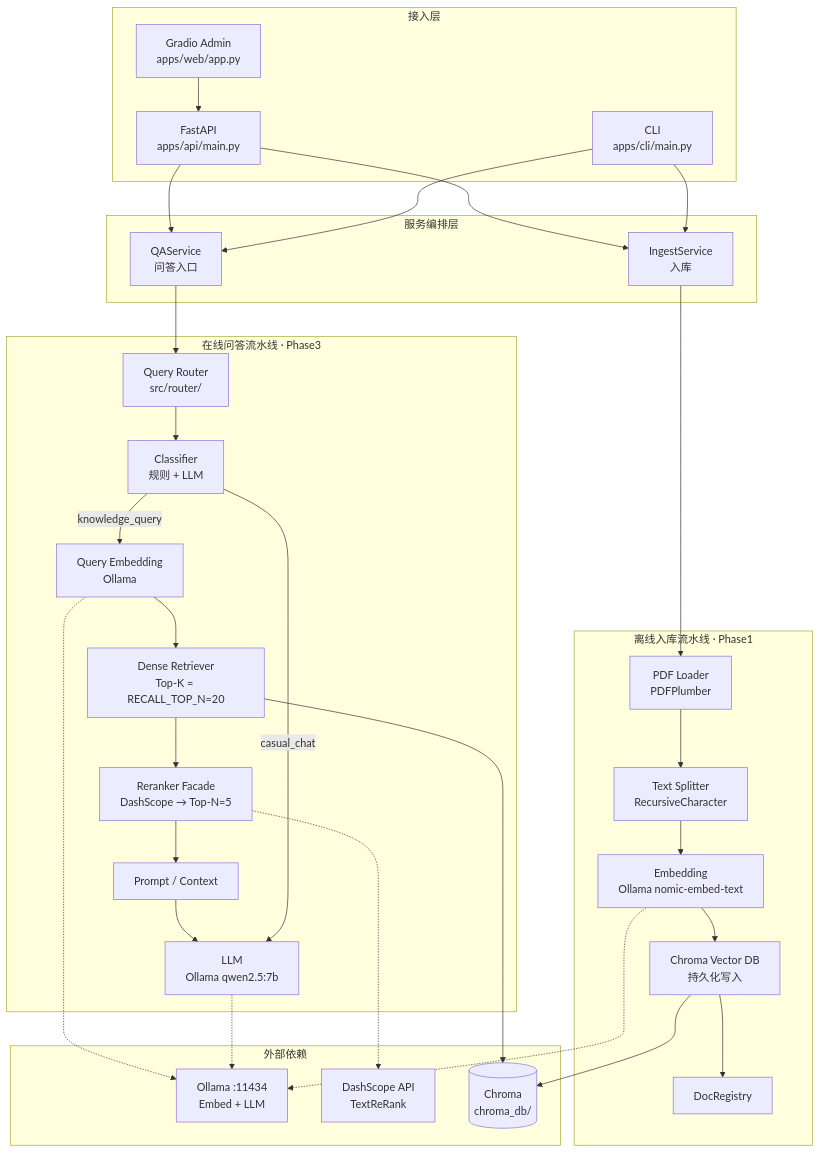
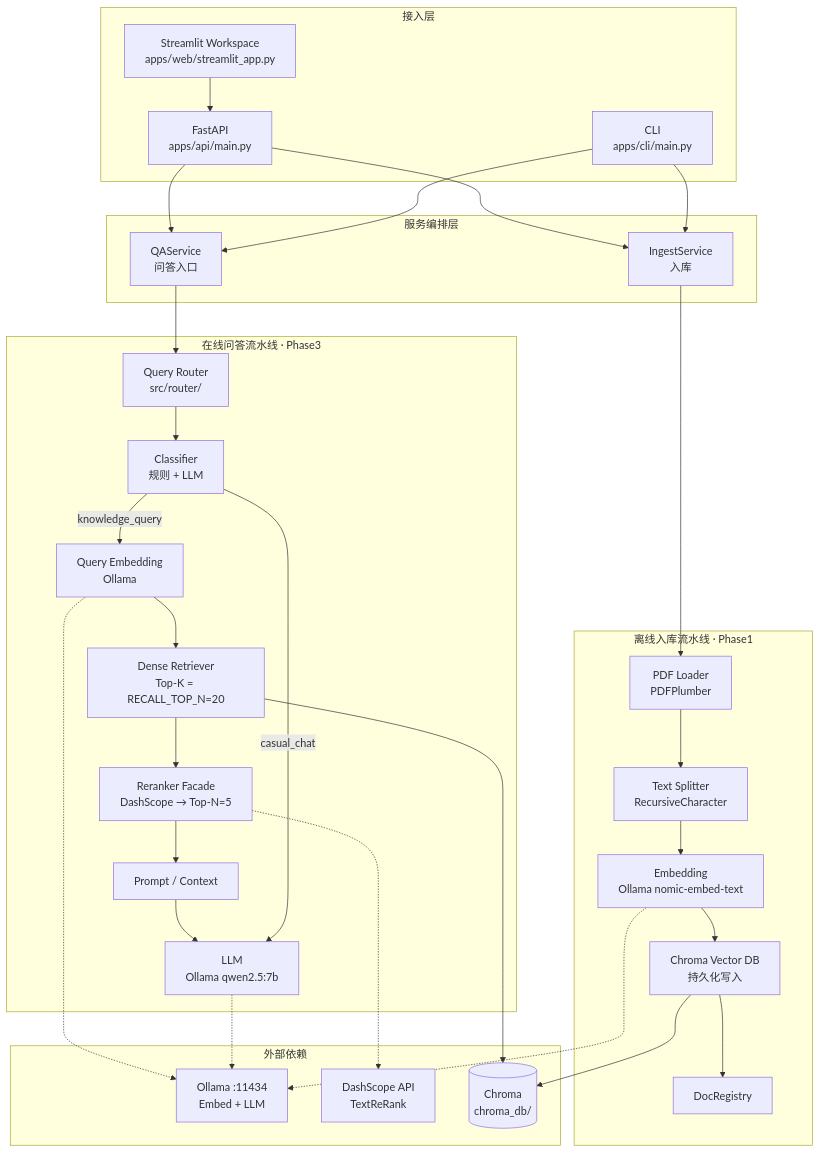
Before and after one commit to SomeH-Bosx/enterprise-rag: the first of 5 diagrams in RAG_ARCHITECTURE.md, drawn with Mermaid. The commit also changed other lines of this file and 4 other files, not shown here.

````diff
--- a/RAG_ARCHITECTURE.md
+++ b/RAG_ARCHITECTURE.md
@@ -17,55 +17,55 @@
 ```mermaid
 flowchart TB
   subgraph Clients["接入层"]
     API["FastAPI<br/>apps/api/main.py"]
-    Web["Gradio Admin<br/>apps/web/app.py"]
+    Web["Streamlit Workspace<br/>apps/web/streamlit_app.py"]
     CLI["CLI<br/>apps/cli/main.py"]
   end
 
   subgraph Services["服务编排层"]
     IngestSvc["IngestService<br/>入库"]
     QASvc["QAService<br/>问答入口"]
   end
 
   subgraph IngestPipe["离线入库流水线 · Phase1"]
     Loader["PDF Loader<br/>PDFPlumber"]
     Splitter["Text Splitter<br/>RecursiveCharacter"]
     EmbedIn["Embedding<br/>Ollama nomic-embed-text"]
     ChromaWrite["Chroma Vector DB<br/>持久化写入"]
     Registry["DocRegistry"]
   end
 
   subgraph QueryPipe["在线问答流水线 · Phase3"]
     Router["Query Router<br/>src/router/"]
     Classifier["Classifier<br/>规则 + LLM"]
     EmbedQ["Query Embedding<br/>Ollama"]
     Retriever["Dense Retriever<br/>Top-K = RECALL_TOP_N=20"]
     Reranker["Reranker Facade<br/>DashScope → Top-N=5"]
     Prompt["Prompt / Context"]
     LLM["LLM<br/>Ollama qwen2.5:7b"]
   end
 
   subgraph External["外部依赖"]
     Ollama["Ollama :11434<br/>Embed + LLM"]
     DashScope["DashScope API<br/>TextReRank"]
     Chroma[(Chroma<br/>chroma_db/)]
   end
 
   API --> IngestSvc
   API --> QASvc
   Web --> API
   CLI --> IngestSvc
   CLI --> QASvc
 
   IngestSvc --> Loader --> Splitter --> EmbedIn --> ChromaWrite --> Registry
   EmbedIn -.-> Ollama
   ChromaWrite --> Chroma
 
   QASvc --> Router --> Classifier
   Classifier -->|knowledge_query| EmbedQ --> Retriever --> Reranker --> Prompt --> LLM
   Classifier -->|casual_chat| LLM
   EmbedQ -.-> Ollama
   Retriever --> Chroma
   Reranker -.-> DashScope
   LLM -.-> Ollama
 ```
````
